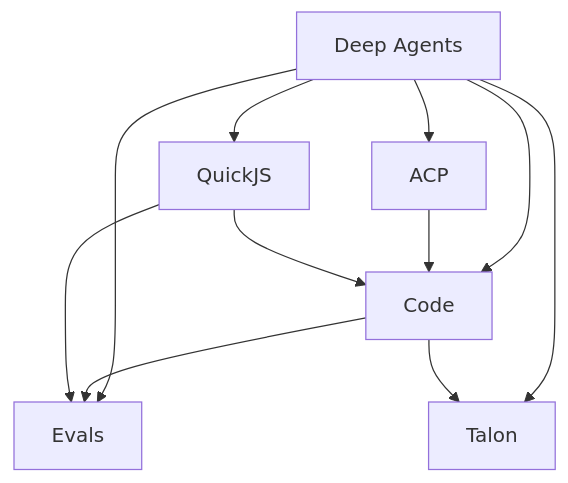
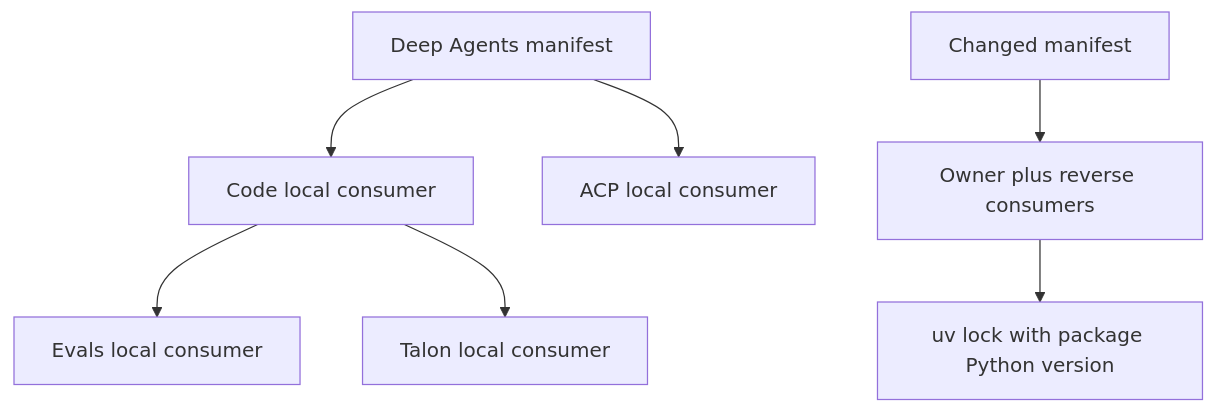
The first of 2 diagrams in openwiki/operations/development.md (langchain-ai/deepagents), drawn with Mermaid before and after one commit. The commit also changed other lines of this file and 33 other files, not shown here.

````diff
--- a/openwiki/operations/development.md
+++ b/openwiki/operations/development.md
@@ -97,13 +85,9 @@
 ```mermaid
 flowchart TD
-    SDK["Deep Agents"] --> ACP["ACP"]
-    SDK --> Code["Code"]
-    SDK --> Evals["Evals"]
-    SDK --> Talon["Talon"]
-    SDK --> QuickJS["QuickJS"]
-    ACP --> Code
-    Code --> Evals
-    Code --> Talon
-    QuickJS --> Code
-    QuickJS --> Evals
+    SDK["Deep Agents manifest"] --> Code["Code local consumer"]
+    SDK --> ACP["ACP local consumer"]
+    Code --> Evals["Evals local consumer"]
+    Code --> Talon["Talon local consumer"]
+    Changed["Changed manifest"] --> Closure["Owner plus reverse consumers"]
+    Closure --> Lock["uv lock with package Python version"]
 ```
````
